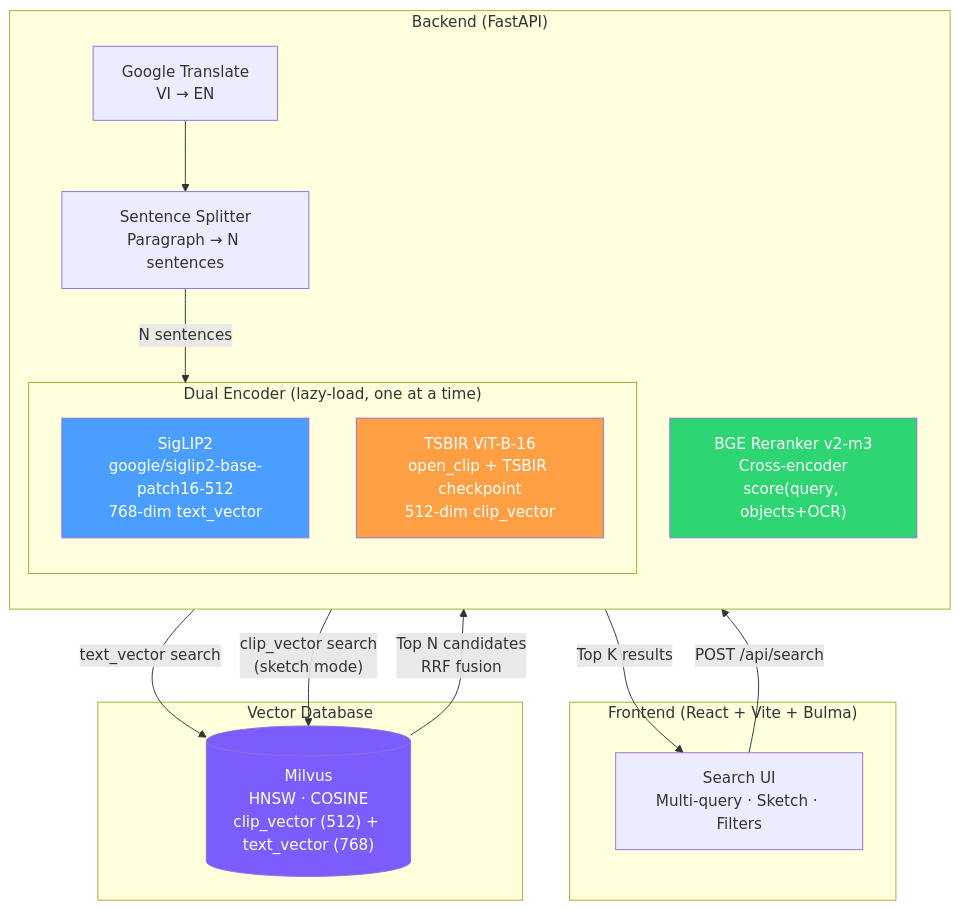
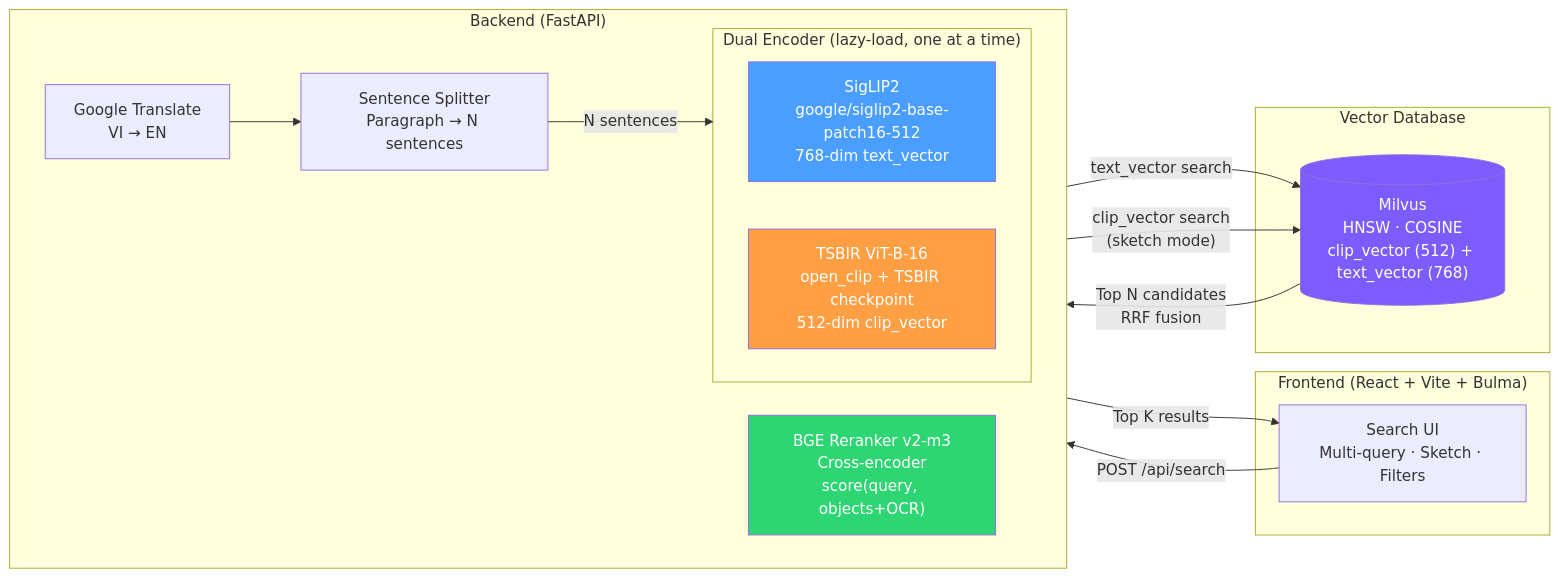
Before and after one commit to danganhdat/multimodal-rag: the diagram in docs/diagrams/architecture.mmd, drawn with Mermaid. The commit also changed 147 other files, not shown here.

```diff
--- a/docs/diagrams/architecture.mmd
+++ b/docs/diagrams/architecture.mmd
@@ -1,34 +1,34 @@
-graph TB
+graph LR
     subgraph Frontend["Frontend (React + Vite + Bulma)"]
         UI["Search UI<br/>Multi-query · Sketch · Filters"]
     end
 
     subgraph Backend["Backend (FastAPI)"]
-        direction TB
+        direction LR
         Translator["Google Translate<br/>VI → EN"]
         Splitter["Sentence Splitter<br/>Paragraph → N sentences"]
 
         subgraph Encoders["Dual Encoder (lazy-load, one at a time)"]
             SigLIP2["SigLIP2<br/>google/siglip2-base-patch16-512<br/>768-dim text_vector"]
             TSBIR["TSBIR ViT-B-16<br/>open_clip + TSBIR checkpoint<br/>512-dim clip_vector"]
         end
 
         Reranker["BGE Reranker v2-m3<br/>Cross-encoder<br/>score(query, objects+OCR)"]
     end
 
     subgraph Storage["Vector Database"]
         Milvus[("Milvus<br/>HNSW · COSINE<br/>clip_vector (512) + text_vector (768)")]
     end
 
     UI -->|"POST /api/search"| Translator
     Translator --> Splitter
     Splitter -->|"N sentences"| Encoders
     SigLIP2 -->|"text_vector search"| Milvus
     TSBIR -->|"clip_vector search<br/>(sketch mode)"| Milvus
     Milvus -->|"Top N candidates<br/>RRF fusion"| Reranker
     Reranker -->|"Top K results"| UI
 
     style SigLIP2 fill:#4a9eff,color:#fff
     style TSBIR fill:#ff9f43,color:#fff
     style Reranker fill:#2ed573,color:#fff
     style Milvus fill:#7c5cfc,color:#fff
```
